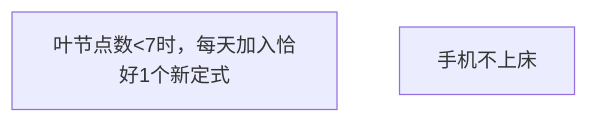
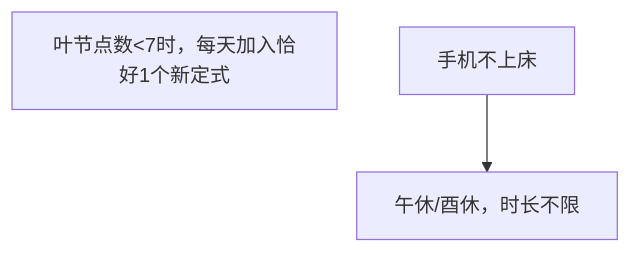
Before and after one commit to Ethkuil/RSIP-tree: the diagram in README.md, drawn with Mermaid.

Commit message:
insert #2: 午休/酉休，时长不限

````diff
--- a/README.md
+++ b/README.md
@@ -5,6 +5,7 @@
 ```mermaid
 graph TD
 
 0[叶节点数<7时，每天加入恰好1个新定式]
 1[手机不上床]
+1 --> 2[午休/酉休，时长不限]
 ```
````
